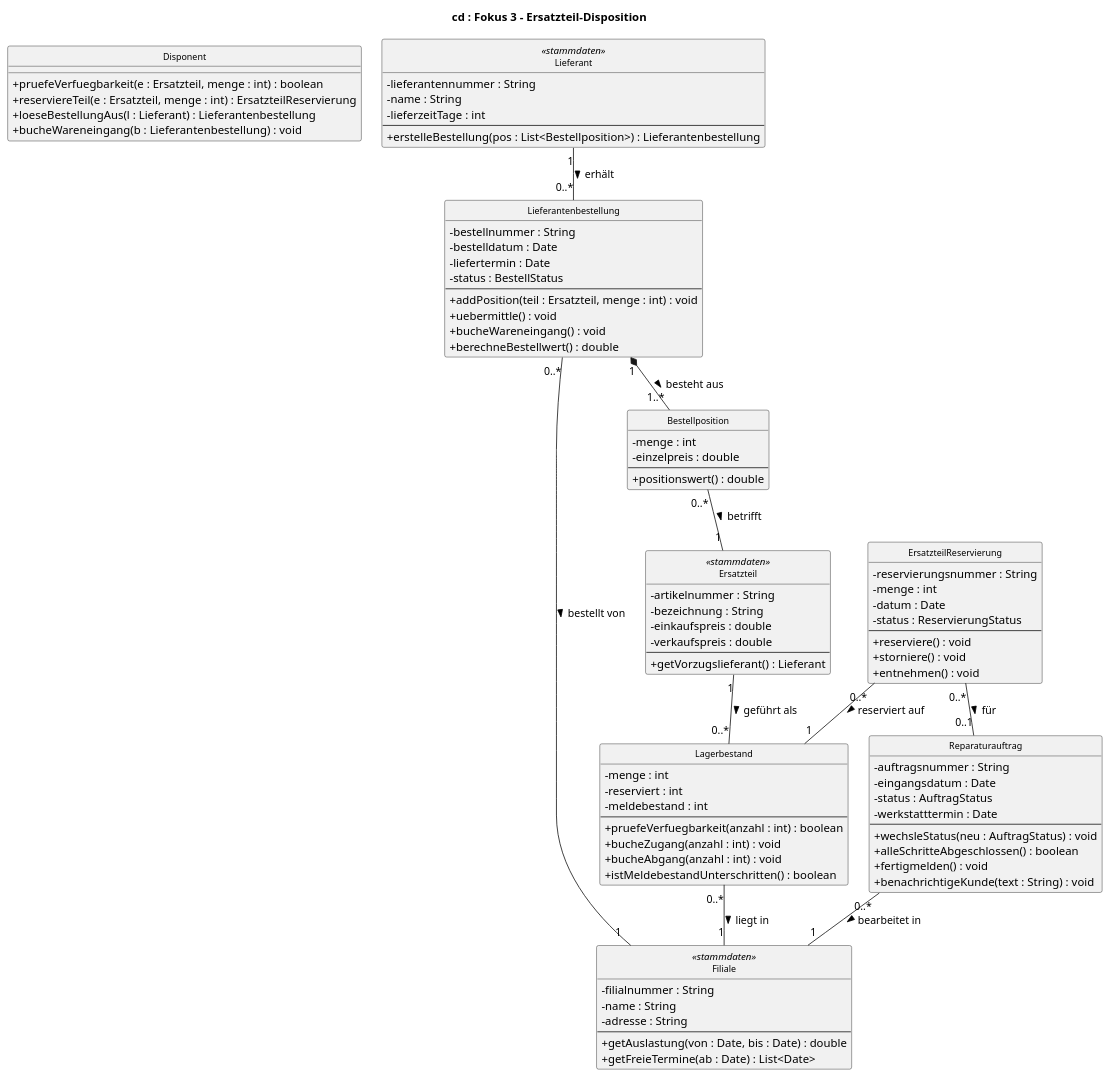
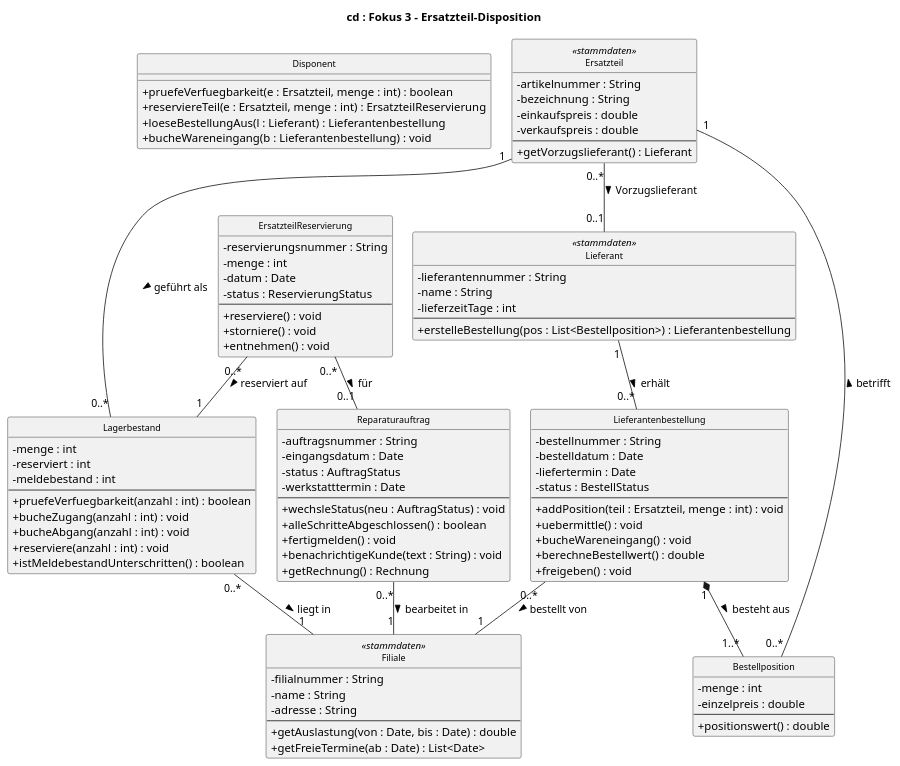
The diagram in uml/klassen-fokus-3-disposition.puml (jakobschwan123-cmd/casestudy-semester-3), drawn with PlantUML before and after one commit. The commit also changed 72 other files, not shown here.

```diff
--- a/uml/klassen-fokus-3-disposition.puml
+++ b/uml/klassen-fokus-3-disposition.puml
@@ -1,96 +1,100 @@
 @startuml
 skinparam classAttributeIconSize 0
 skinparam defaultFontName Arial
 skinparam classFontSize 11
 skinparam nodesep 25
 skinparam ranksep 45
 hide circle
 title cd : Fokus 3 – Ersatzteil-Disposition
 
 class Disponent {
   + pruefeVerfuegbarkeit(e : Ersatzteil, menge : int) : boolean
   + reserviereTeil(e : Ersatzteil, menge : int) : ErsatzteilReservierung
   + loeseBestellungAus(l : Lieferant) : Lieferantenbestellung
   + bucheWareneingang(b : Lieferantenbestellung) : void
 }
 class Ersatzteil <<stammdaten>> {
   - artikelnummer : String
   - bezeichnung : String
   - einkaufspreis : double
   - verkaufspreis : double
   --
   + getVorzugslieferant() : Lieferant
 }
 class Lagerbestand {
   - menge : int
   - reserviert : int
   - meldebestand : int
   --
   + pruefeVerfuegbarkeit(anzahl : int) : boolean
   + bucheZugang(anzahl : int) : void
   + bucheAbgang(anzahl : int) : void
+  + reserviere(anzahl : int) : void
   + istMeldebestandUnterschritten() : boolean
 }
 class ErsatzteilReservierung {
   - reservierungsnummer : String
   - menge : int
   - datum : Date
   - status : ReservierungStatus
   --
   + reserviere() : void
   + storniere() : void
   + entnehmen() : void
 }
 class Lieferantenbestellung {
   - bestellnummer : String
   - bestelldatum : Date
   - liefertermin : Date
   - status : BestellStatus
   --
   + addPosition(teil : Ersatzteil, menge : int) : void
   + uebermittle() : void
   + bucheWareneingang() : void
   + berechneBestellwert() : double
+  + freigeben() : void
 }
 class Bestellposition {
   - menge : int
   - einzelpreis : double
   --
   + positionswert() : double
 }
 class Lieferant <<stammdaten>> {
   - lieferantennummer : String
   - name : String
   - lieferzeitTage : int
   --
   + erstelleBestellung(pos : List<Bestellposition>) : Lieferantenbestellung
 }
 class Reparaturauftrag {
   - auftragsnummer : String
   - eingangsdatum : Date
   - status : AuftragStatus
   - werkstatttermin : Date
   --
   + wechsleStatus(neu : AuftragStatus) : void
   + alleSchritteAbgeschlossen() : boolean
   + fertigmelden() : void
   + benachrichtigeKunde(text : String) : void
+  + getRechnung() : Rechnung
 }
 class Filiale <<stammdaten>> {
   - filialnummer : String
   - name : String
   - adresse : String
   --
   + getAuslastung(von : Date, bis : Date) : double
   + getFreieTermine(ab : Date) : List<Date>
 }
 Reparaturauftrag "0..*" -- "1" Filiale : bearbeitet in >
 Ersatzteil "1" -down- "0..*" Lagerbestand : geführt als >
+Ersatzteil "0..*" -- "0..1" Lieferant : Vorzugslieferant >
 Lagerbestand "0..*" -- "1" Filiale : liegt in >
 ErsatzteilReservierung "0..*" -- "1" Lagerbestand : reserviert auf >
 ErsatzteilReservierung "0..*" -- "0..1" Reparaturauftrag : für >
 Lieferant "1" -down- "0..*" Lieferantenbestellung : erhält >
 Lieferantenbestellung "1" *-down- "1..*" Bestellposition : besteht aus >
 Bestellposition "0..*" -- "1" Ersatzteil : betrifft >
 Lieferantenbestellung "0..*" -- "1" Filiale : bestellt von >
 @enduml
```
